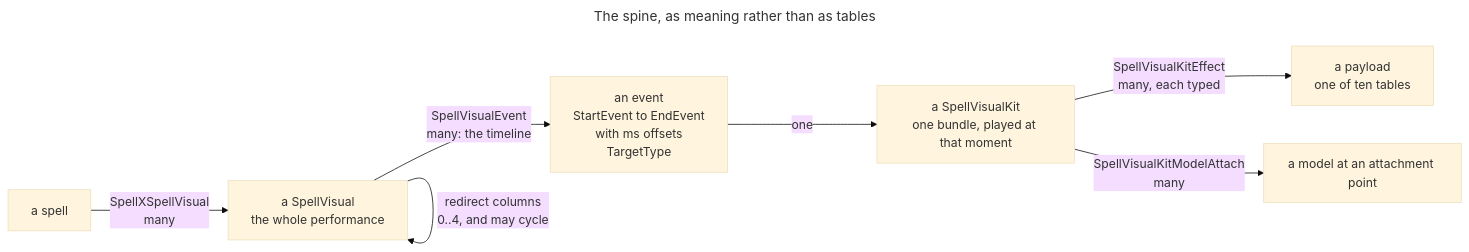
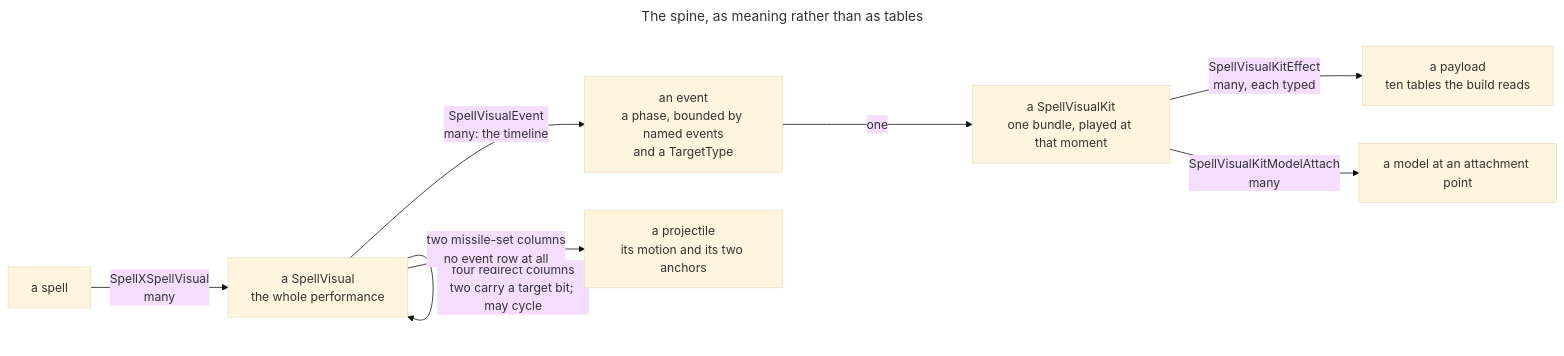
One commit to Natans8/Epsilook changed the seventh of 12 diagrams in docs/DATA_ROUTES.md. Above: the diagram before and after it, drawn with Mermaid (base theme). The commit also changed other lines of this file, not shown here.

````diff
--- a/docs/DATA_ROUTES.md
+++ b/docs/DATA_ROUTES.md
@@ -532,19 +635,20 @@
 ```mermaid
 ---
 title: The spine, as meaning rather than as tables
 ---
 flowchart LR
     accTitle: Spell to visual to kit, as meaning
     accDescr {
-      Every edge from a spell down to a payload is one-to-many, so a spell fans out into a
-      tree rather than walking a chain. A visual may also redirect to another visual, and those
-      redirects can cycle.
+    Every edge from a spell down to a payload is one-to-many, so a spell fans out into a
+    tree rather than walking a chain. A visual may redirect to another visual through four
+    columns, and those redirects can cycle. Missiles hang off the visual itself and reach no
+    event, which is why a missile row carries no target mask of its own.
     }
-
     S["a spell"] -->|"SpellXSpellVisual<br/>many"| V["a SpellVisual<br/>the whole performance"]
-    V -->|"redirect columns<br/>0..4, and may cycle"| V
-    V -->|"SpellVisualEvent<br/>many: the timeline"| E["an event<br/>StartEvent to EndEvent<br/>with ms offsets<br/>TargetType"]
+    V -->|"four redirect columns<br/>two carry a target bit; may cycle"| V
+    V -->|"SpellVisualEvent<br/>many: the timeline"| E["an event<br/>a phase, bounded by named events<br/>and a TargetType"]
+    V -->|"two missile-set columns<br/>no event row at all"| M["a projectile<br/>its motion and its two anchors"]
     E -->|"one"| K["a SpellVisualKit<br/>one bundle, played at that moment"]
-    K -->|"SpellVisualKitEffect<br/>many, each typed"| P["a payload<br/>one of ten tables"]
+    K -->|"SpellVisualKitEffect<br/>many, each typed"| P["a payload<br/>ten tables the build reads"]
     K -->|"SpellVisualKitModelAttach<br/>many"| A["a model at an attachment point"]
 ```
````
